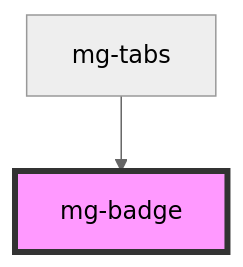
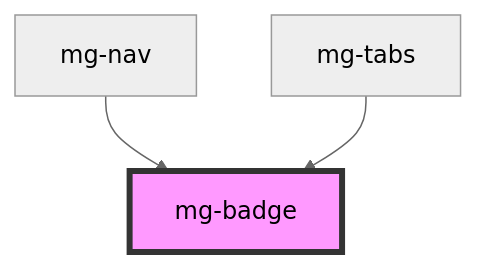
Before and after one commit to MGDIS/mg-components: the diagram in src/components/atoms/mg-badge/readme.md, drawn with Mermaid (neutral theme). The commit also changed other lines of this file and 11 other files, not shown here.

````diff
--- a/src/components/atoms/mg-badge/readme.md
+++ b/src/components/atoms/mg-badge/readme.md
@@ -35,5 +36,6 @@
 ```mermaid
 graph TD;
+  mg-nav --> mg-badge
   mg-tabs --> mg-badge
   style mg-badge fill:#f9f,stroke:#333,stroke-width:4px
 ```
````
